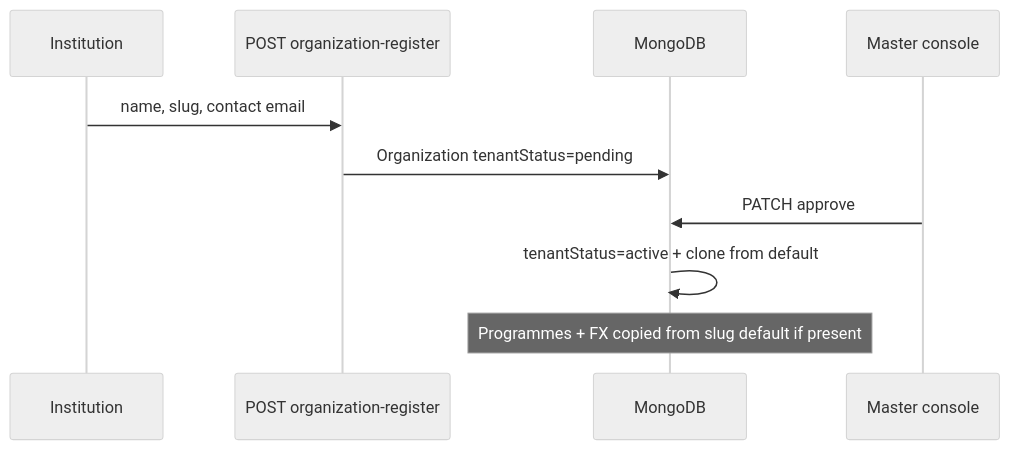
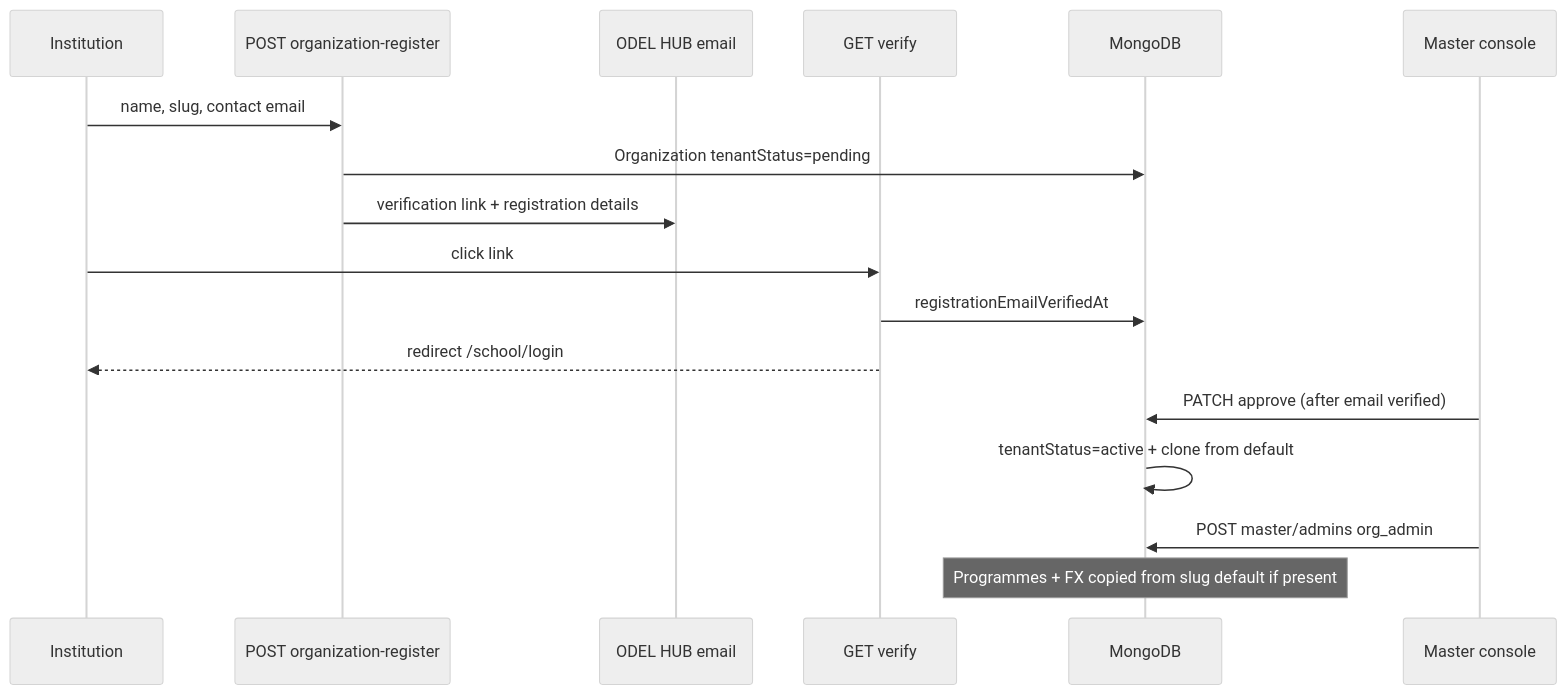
Before and after one commit to infoedutechos/openpaygb: the second of 2 diagrams in docs/MULTI_TENANT_FLOW.md, drawn with Mermaid (neutral theme). The commit also changed other lines of this file and 251 other files, not shown here.

````diff
--- a/docs/MULTI_TENANT_FLOW.md
+++ b/docs/MULTI_TENANT_FLOW.md
@@ -55,12 +55,19 @@
 ```mermaid
 sequenceDiagram
   participant U as Institution
   participant API as POST organization-register
+  participant Mail as ODEL HUB email
+  participant V as GET verify
   participant DB as MongoDB
   participant M as Master console
   U->>API: name, slug, contact email
   API->>DB: Organization tenantStatus=pending
-  M->>DB: PATCH approve
+  API->>Mail: verification link + registration details
+  U->>V: click link
+  V->>DB: registrationEmailVerifiedAt
+  V-->>U: redirect /school/login
+  M->>DB: PATCH approve (after email verified)
   DB->>DB: tenantStatus=active + clone from default
+  M->>DB: POST master/admins org_admin
   Note over DB: Programmes + FX copied from slug default if present
 ```
````
